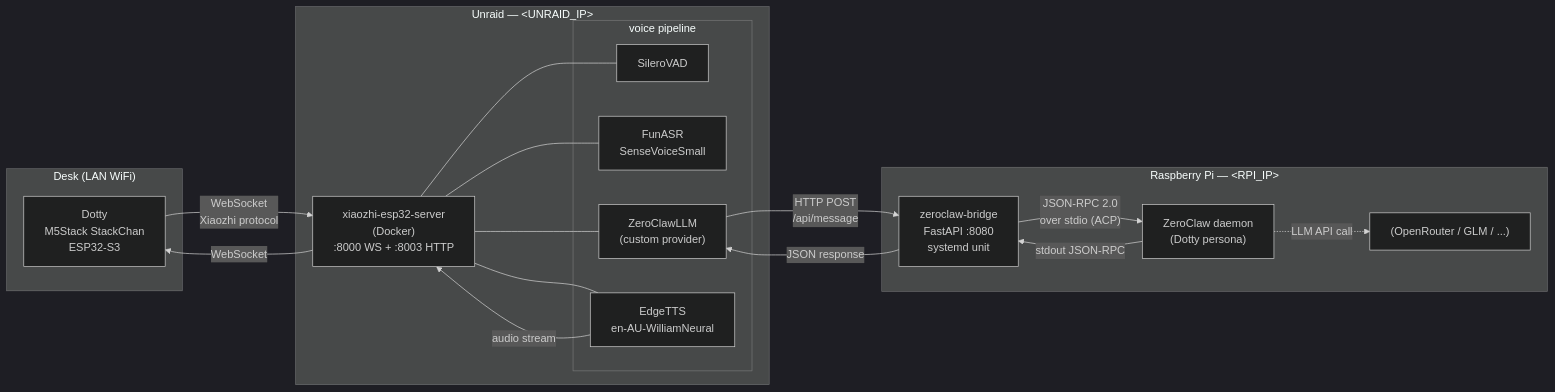
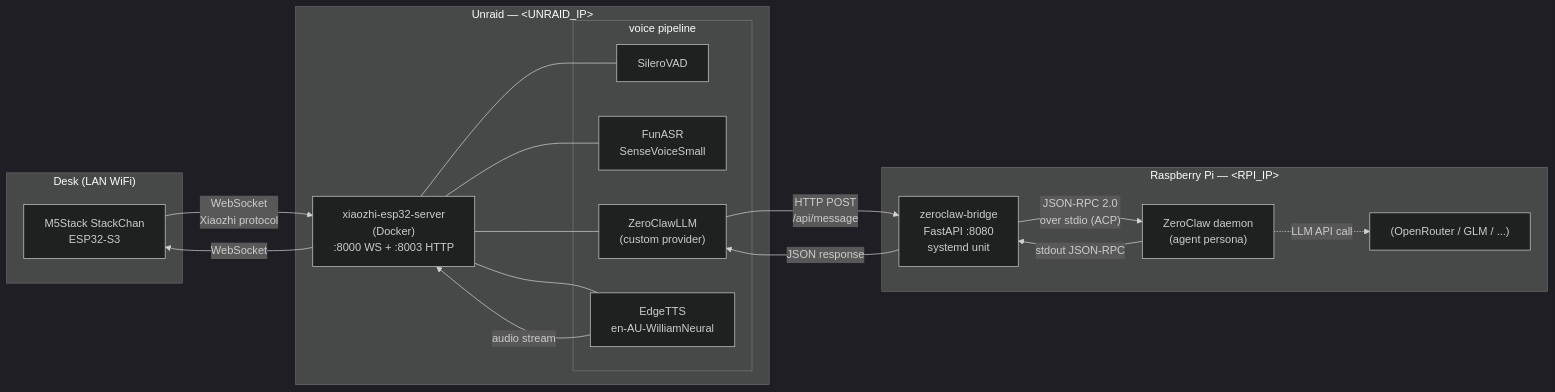
One commit to BrettKinny/dotty-stackchan changed the first of 3 diagrams in README.md. Above: the diagram before and after it, drawn with Mermaid (dark theme). The commit also changed other lines of this file and 12 other files, not shown here.

First line of the commit message:
Depersonalize public repo: "Dotty" → StackChan + <ROBOT_NAME>

````diff
--- a/README.md
+++ b/README.md
@@ -68,32 +71,32 @@
 ```mermaid
 flowchart LR
     subgraph Desk["Desk (LAN WiFi)"]
-        SC["Dotty<br/>M5Stack StackChan<br/>ESP32-S3"]
+        SC["M5Stack StackChan<br/>ESP32-S3"]
     end
 
     subgraph Unraid["Unraid — &lt;UNRAID_IP&gt;"]
         XZ["xiaozhi-esp32-server<br/>(Docker)<br/>:8000 WS + :8003 HTTP"]
         subgraph XZMods["voice pipeline"]
             VAD["SileroVAD"]
             ASR["FunASR<br/>SenseVoiceSmall"]
             LLM["ZeroClawLLM<br/>(custom provider)"]
             TTS["EdgeTTS<br/>en-AU-WilliamNeural"]
         end
     end
 
     subgraph RPi["Raspberry Pi — &lt;RPI_IP&gt;"]
         Bridge["zeroclaw-bridge<br/>FastAPI :8080<br/>systemd unit"]
-        ZC["ZeroClaw daemon<br/>(Dotty persona)"]
+        ZC["ZeroClaw daemon<br/>(agent persona)"]
         Cloud["(OpenRouter / GLM / ...)"]
     end
 
     SC -->|"WebSocket<br/>Xiaozhi protocol"| XZ
     XZ --- VAD & ASR & LLM & TTS
     LLM -->|"HTTP POST<br/>/api/message"| Bridge
     Bridge -->|"JSON-RPC 2.0<br/>over stdio (ACP)"| ZC
     ZC -.->|"LLM API call"| Cloud
     ZC -->|"stdout JSON-RPC"| Bridge
     Bridge -->|"JSON response"| LLM
     TTS -->|"audio stream"| XZ
     XZ -->|"WebSocket"| SC
 ```
````
